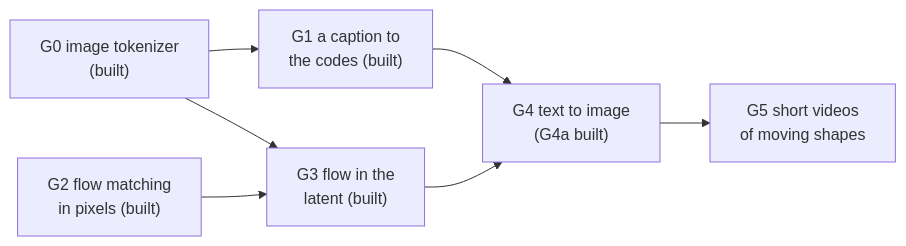
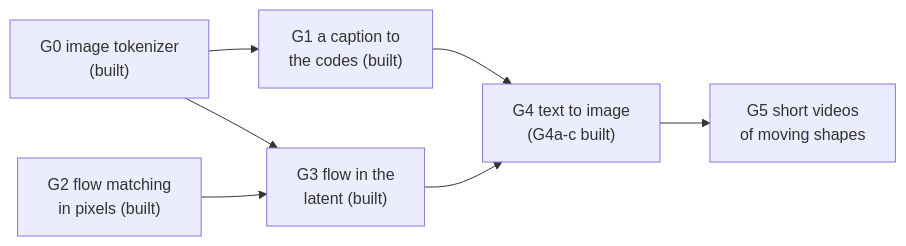
One commit to kunwarmahen/aksharallm changed the first of 10 diagrams in docs/26-pictures.md. Above: the diagram before and after it, drawn with Mermaid. The commit also changed other lines of this file and 4 other files, not shown here.

````diff
--- a/docs/26-pictures.md
+++ b/docs/26-pictures.md
@@ -21,9 +23,9 @@
 ```mermaid
 flowchart LR
     G0["G0 image tokenizer<br/>(built)"] --> G1["G1 a caption to<br/>the codes (built)"]
     G0 --> G3["G3 flow in the<br/>latent (built)"]
     G2["G2 flow matching<br/>in pixels (built)"] --> G3
-    G1 --> G4["G4 text to image<br/>(G4a built)"]
+    G1 --> G4["G4 text to image<br/>(G4a-c built)"]
     G3 --> G4
     G4 --> G5["G5 short videos<br/>of moving shapes"]
 ```
````
